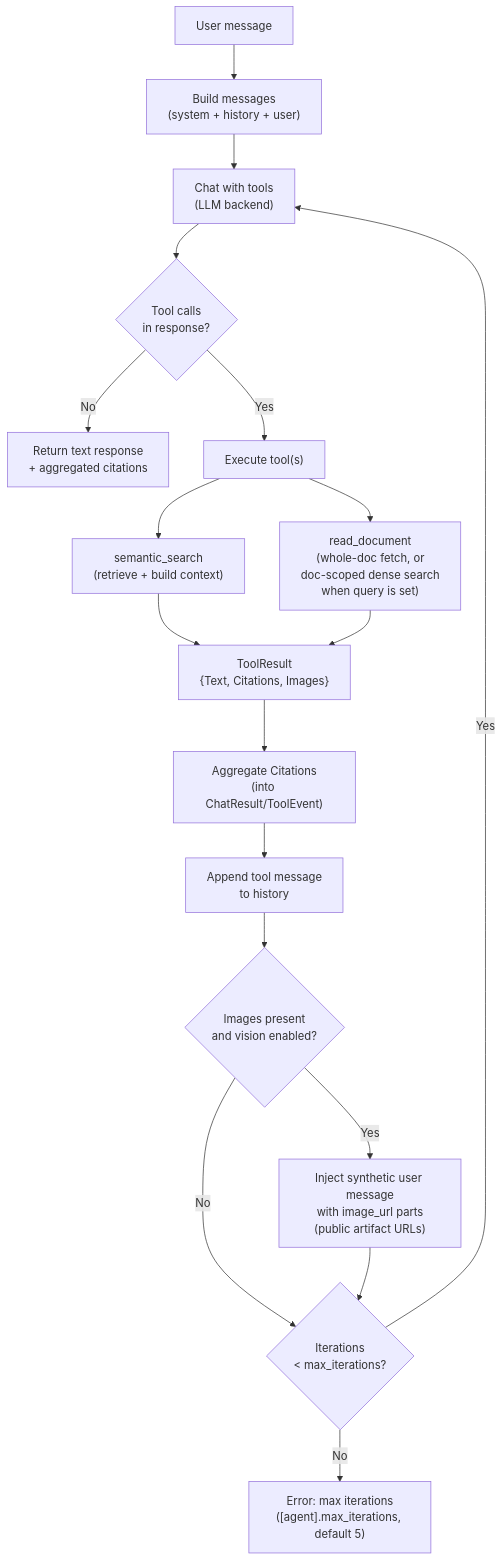
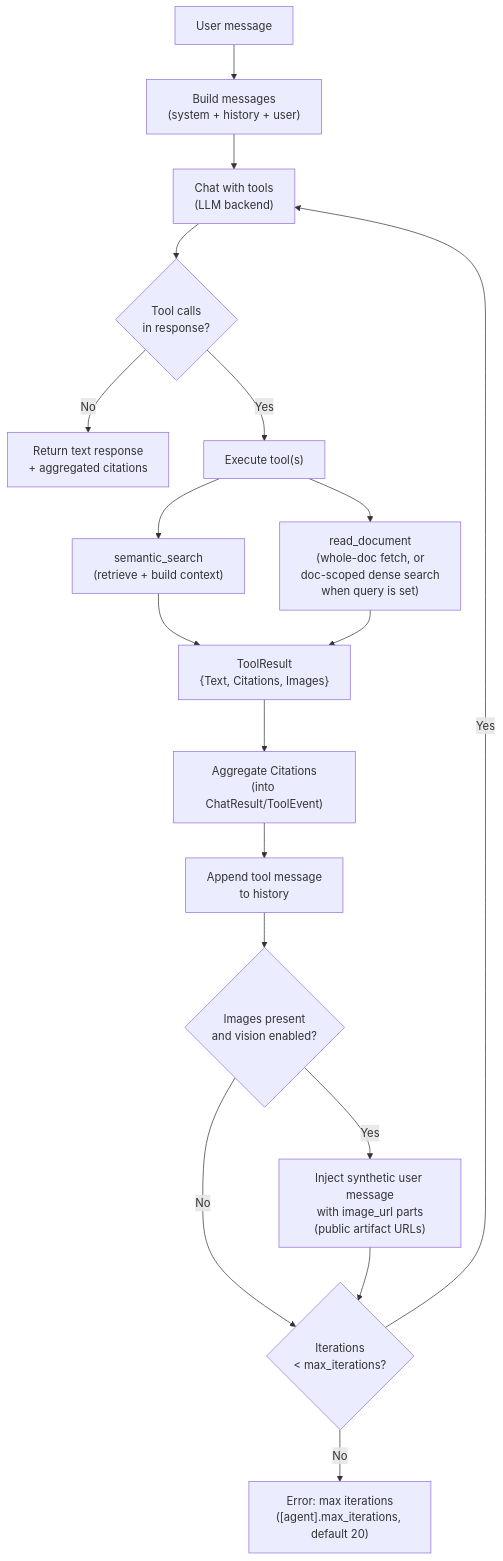
One commit to klnstprx/etsi-rag changed the fifth of 8 diagrams in docs/diagrams.md. Above: the diagram before and after it, drawn with Mermaid. The commit also changed other lines of this file and 131 other files, not shown here.

````diff
--- a/docs/diagrams.md
+++ b/docs/diagrams.md
@@ -194,26 +194,26 @@
 ```mermaid
 flowchart TB
     Start["User message"] --> Build["Build messages<br/>(system + history + user)"]
     Build --> LLMCall["Chat with tools<br/>(LLM backend)"]
     LLMCall --> Check{"Tool calls<br/>in response?"}
 
     Check -->|"No"| Final["Return text response<br/>+ aggregated citations"]
     Check -->|"Yes"| Execute["Execute tool(s)"]
 
     Execute --> SemanticSearch["semantic_search<br/>(retrieve + build context)"]
     Execute --> ReadDocument["read_document<br/>(whole-doc fetch, or<br/>doc-scoped dense search<br/>when query is set)"]
     SemanticSearch --> Result["ToolResult<br/>{Text, Citations, Images}"]
     ReadDocument --> Result
 
     Result --> AggCite["Aggregate Citations<br/>(into ChatResult/ToolEvent)"]
     AggCite --> Append["Append tool message<br/>to history"]
 
     Append --> Vision{"Images present<br/>and vision enabled?"}
     Vision -->|"Yes"| Inject["Inject synthetic user message<br/>with image_url parts<br/>(public artifact URLs)"]
     Vision -->|"No"| Counter
     Inject --> Counter
 
     Counter{"Iterations<br/>< max_iterations?"}
     Counter -->|"Yes"| LLMCall
-    Counter -->|"No"| ErrorBox["Error: max iterations<br/>([agent].max_iterations, default 5)"]
+    Counter -->|"No"| ErrorBox["Error: max iterations<br/>([agent].max_iterations, default 20)"]
 ```
````
